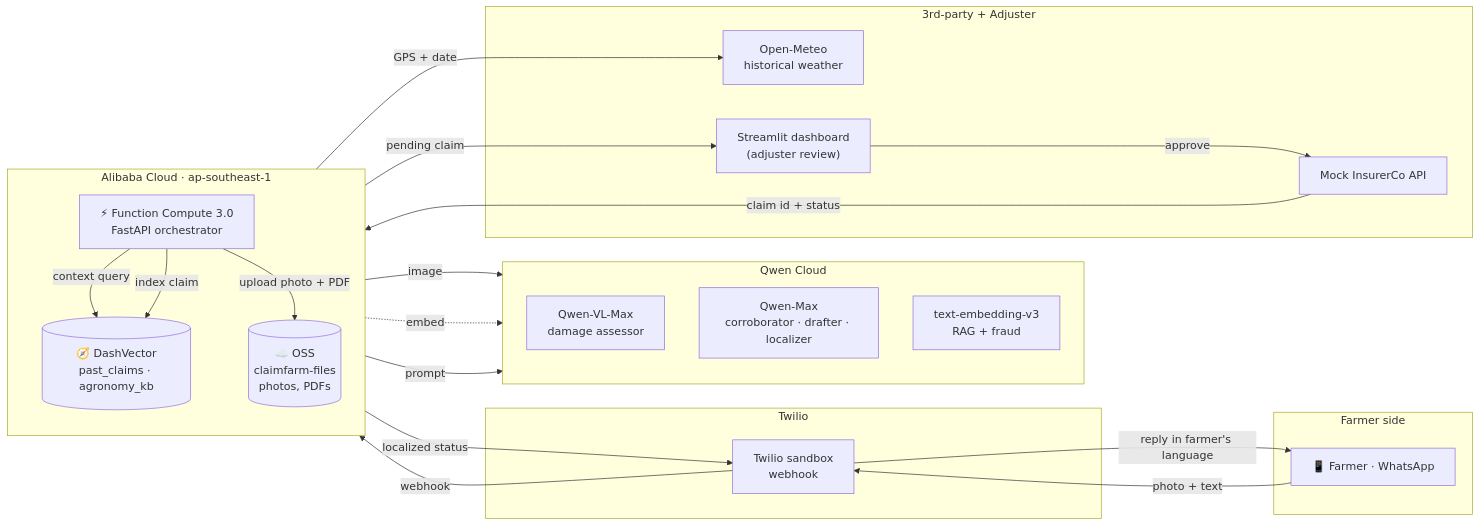
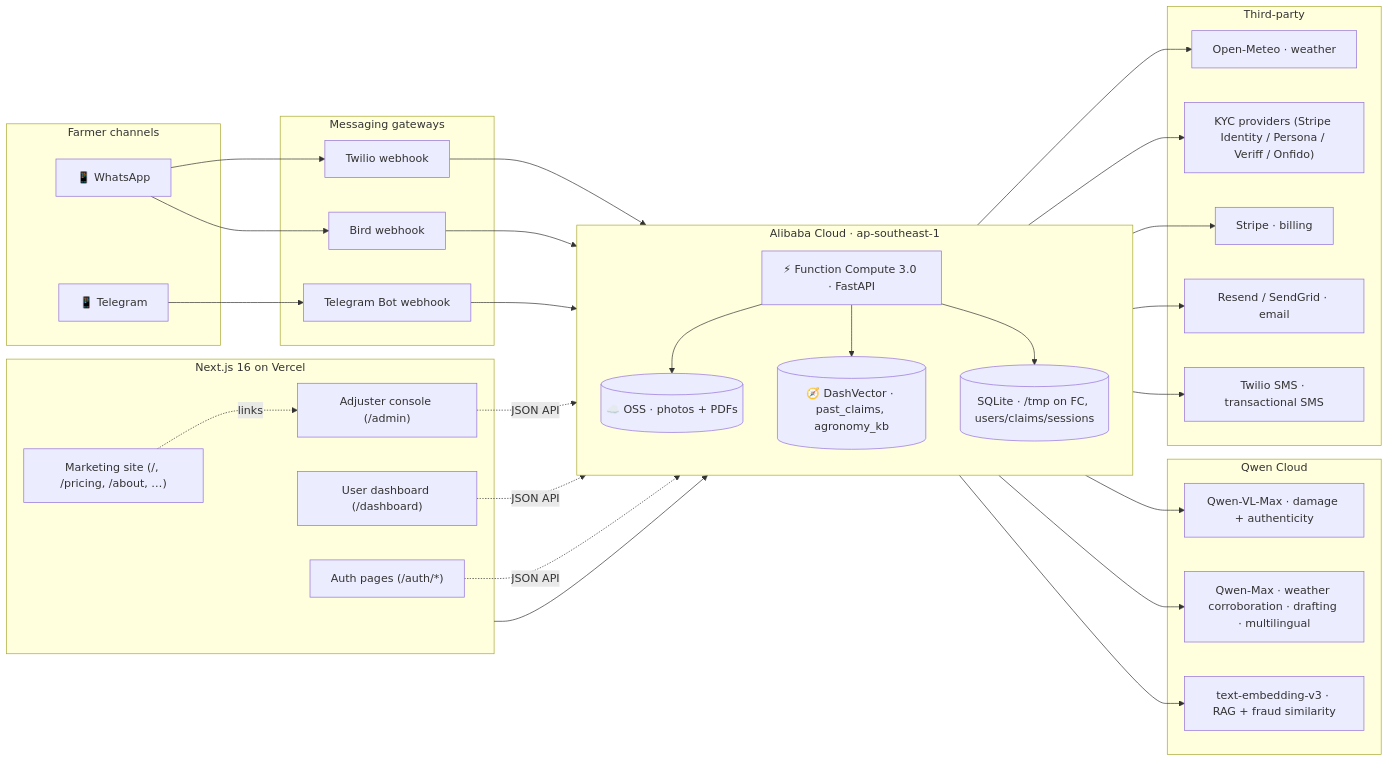
Before and after one commit to hemnaath04/claimfarm: the diagram in docs/architecture.md, drawn with Mermaid. The commit also changed other lines of this file and 13 other files, not shown here.

````diff
--- a/docs/architecture.md
+++ b/docs/architecture.md
@@ -7,48 +7,75 @@
 ```mermaid
 flowchart LR
-  subgraph Farmer[Farmer side]
-    F["📱 Farmer · WhatsApp"]
+  %% --- Channels ---
+  subgraph CH[Farmer channels]
+    WA["📱 WhatsApp"]
+    TG["📱 Telegram"]
   end
 
-  subgraph Twilio
-    TW["Twilio sandbox<br/>webhook"]
+  %% --- 3rd party messaging providers ---
+  subgraph PR[Messaging gateways]
+    TW["Twilio webhook"]
+    BD["Bird webhook"]
+    TGW["Telegram Bot webhook"]
   end
 
-  subgraph Alibaba["Alibaba Cloud · ap-southeast-1"]
+  %% --- Backend on Alibaba Cloud ---
+  subgraph ALI["Alibaba Cloud · ap-southeast-1"]
     direction TB
-    FC["⚡ Function Compute 3.0<br/>FastAPI orchestrator"]
-    OSS[("☁️ OSS<br/>claimfarm-files<br/>photos, PDFs")]
-    DV[("🧭 DashVector<br/>past_claims · agronomy_kb")]
+    FC["⚡ Function Compute 3.0 · FastAPI"]
+    OSS[("☁️ OSS · photos + PDFs")]
+    DV[("🧭 DashVector · past_claims, agronomy_kb")]
+    SQL[("SQLite · /tmp on FC, users/claims/sessions")]
   end
 
-  subgraph Qwen["Qwen Cloud"]
-    direction TB
-    QVL["Qwen-VL-Max<br/>damage assessor"]
-    QM["Qwen-Max<br/>corroborator · drafter · localizer"]
-    QE["text-embedding-v3<br/>RAG + fraud"]
+  %% --- AI ---
+  subgraph QW[Qwen Cloud]
+    VL["Qwen-VL-Max · damage + authenticity"]
+    QM["Qwen-Max · weather corroboration · drafting · multilingual"]
+    QE["text-embedding-v3 · RAG + fraud similarity"]
   end
 
-  subgraph External[3rd-party + Adjuster]
-    OM["Open-Meteo<br/>historical weather"]
-    DASH["Streamlit dashboard<br/>(adjuster review)"]
-    INS["Mock InsurerCo API"]
+  %% --- Third party ---
+  subgraph TP[Third-party]
+    OM["Open-Meteo · weather"]
+    IDV["KYC providers (Stripe Identity / Persona / Veriff / Onfido)"]
+    STR["Stripe · billing"]
+    SES["Resend / SendGrid · email"]
+    SMS["Twilio SMS · transactional SMS"]
   end
 
-  F -->|photo + text| TW
-  TW -->|webhook| FC
+  %% --- Front-end ---
+  subgraph WEB[Next.js 16 on Vercel]
+    LANDING["Marketing site (/, /pricing, /about, …)"]
+    ADMIN["Adjuster console (/admin)"]
+    USRDASH["User dashboard (/dashboard)"]
+    AUTHPAGES["Auth pages (/auth/*)"]
+  end
 
-  FC -->|image| QVL
-  FC -->|GPS + date| OM
-  FC -->|context query| DV
-  DV -.embed.-> QE
-  FC -->|prompt| QM
+  %% --- Wiring ---
+  WA --> TW
+  WA --> BD
+  TG --> TGW
+  TW --> FC
+  BD --> FC
+  TGW --> FC
 
-  FC -->|upload photo + PDF| OSS
-  FC -->|index claim| DV
+  FC --> VL
+  FC --> QM
+  FC --> QE
+  FC --> OM
+  FC --> OSS
+  FC --> DV
+  FC --> SQL
 
-  FC -->|pending claim| DASH
-  DASH -->|approve| INS
-  INS -->|claim id + status| FC
-  FC -->|localized status| TW
-  TW -->|reply in farmer's language| F
+  FC --> IDV
+  FC --> STR
+  FC --> SES
+  FC --> SMS
+
+  WEB --> FC
+  LANDING -. links .-> ADMIN
+  ADMIN -. JSON API .-> FC
+  USRDASH -. JSON API .-> FC
+  AUTHPAGES -. JSON API .-> FC
 ```
````
